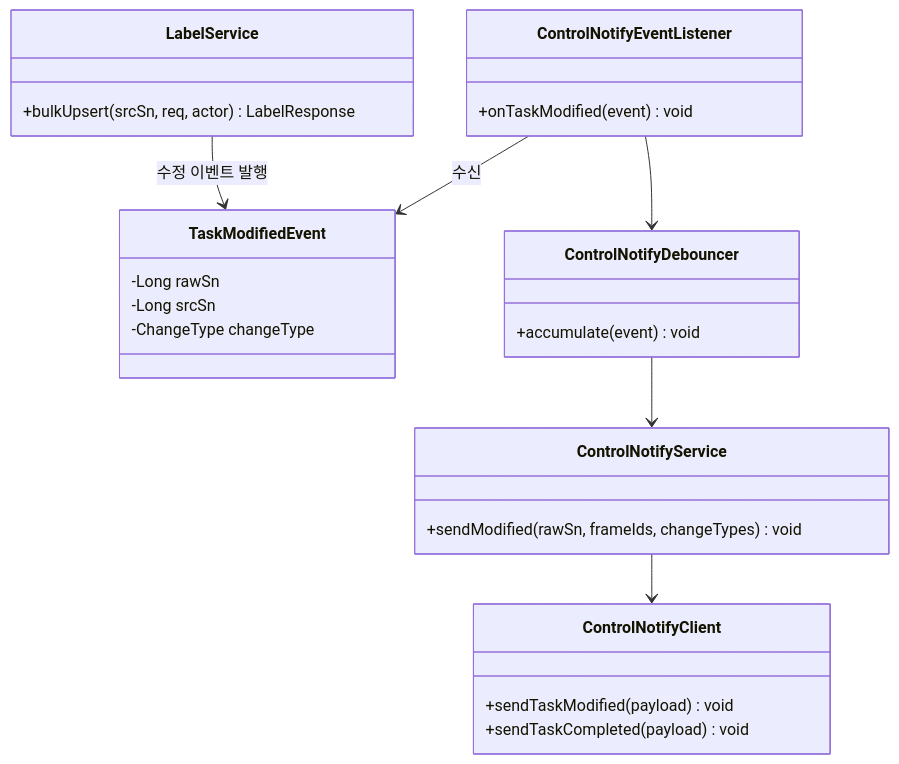
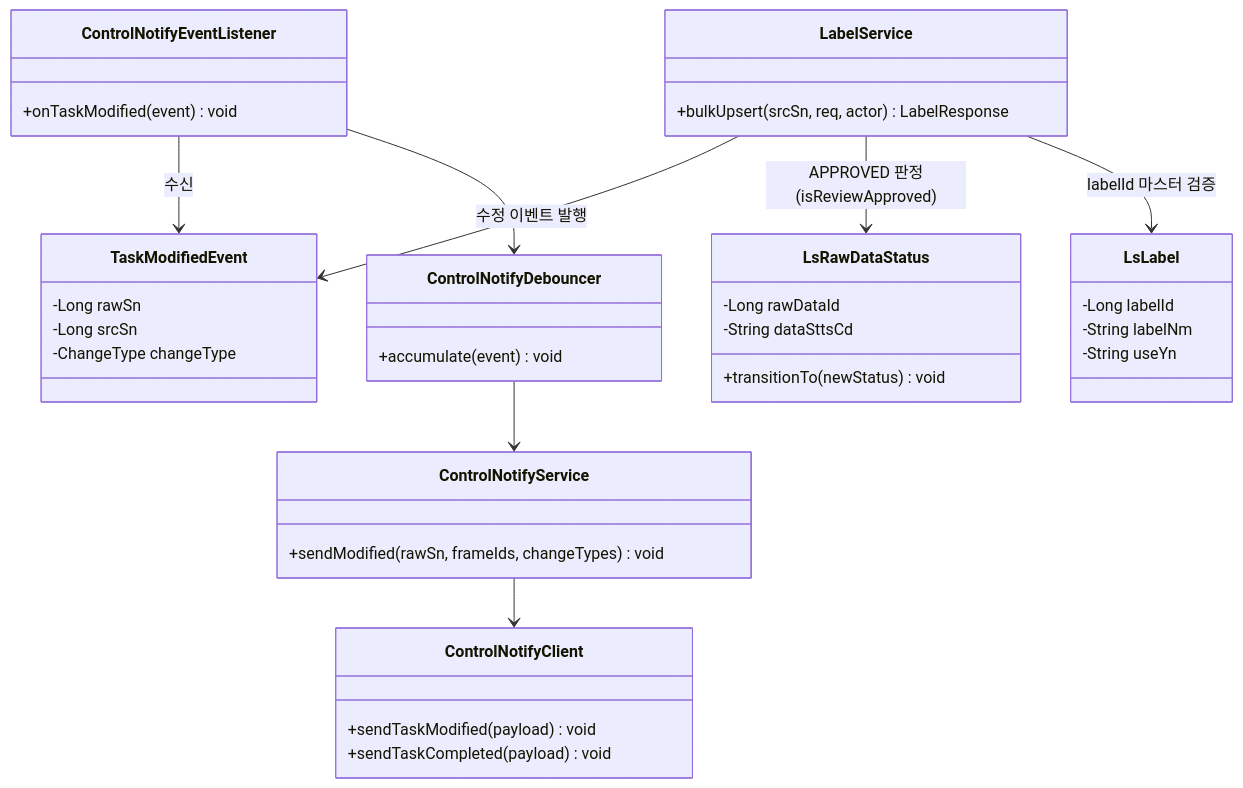
Diagram 31 of 44 in docs/design/D1-클래스설계서.md (New-stella/klid-label), drawn with Mermaid before and after one commit. The commit also changed other lines of this file and 3 other files, not shown here.

````diff
--- a/docs/design/D1-클래스설계서.md
+++ b/docs/design/D1-클래스설계서.md
@@ -1087,30 +1651,42 @@
 ```mermaid
 classDiagram
     class LabelService {
         +bulkUpsert(srcSn, req, actor) LabelResponse
     }
     class TaskModifiedEvent {
         -Long rawSn
         -Long srcSn
         -ChangeType changeType
     }
     class ControlNotifyEventListener {
         +onTaskModified(event) void
     }
     class ControlNotifyDebouncer {
         +accumulate(event) void
     }
     class ControlNotifyService {
         +sendModified(rawSn, frameIds, changeTypes) void
     }
     class ControlNotifyClient {
         +sendTaskModified(payload) void
         +sendTaskCompleted(payload) void
     }
+    class LsRawDataStatus {
+        -Long rawDataId
+        -String dataSttsCd
+        +transitionTo(newStatus) void
+    }
+    class LsLabel {
+        -Long labelId
+        -String labelNm
+        -String useYn
+    }
 
     LabelService --> TaskModifiedEvent : 수정 이벤트 발행
+    LabelService --> LsRawDataStatus : APPROVED 판정(isReviewApproved)
+    LabelService --> LsLabel : labelId 마스터 검증
     ControlNotifyEventListener --> TaskModifiedEvent : 수신
     ControlNotifyEventListener --> ControlNotifyDebouncer
     ControlNotifyDebouncer --> ControlNotifyService
     ControlNotifyService --> ControlNotifyClient
 ```
````
